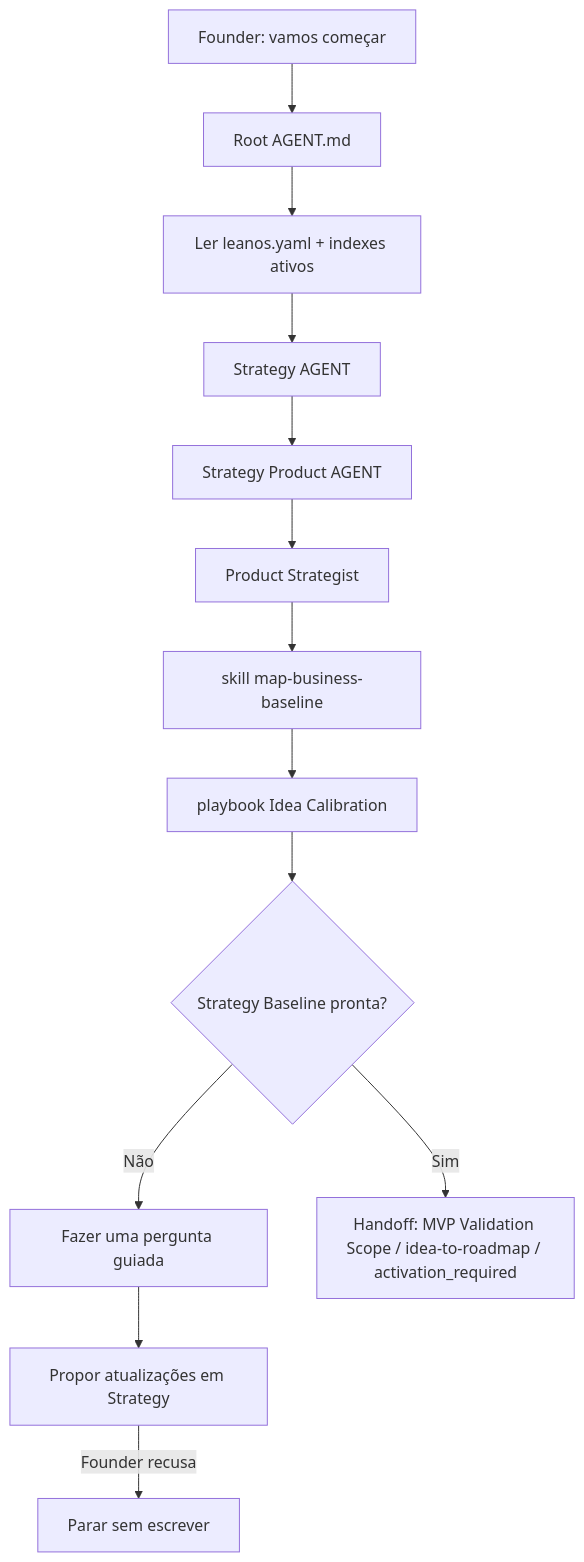
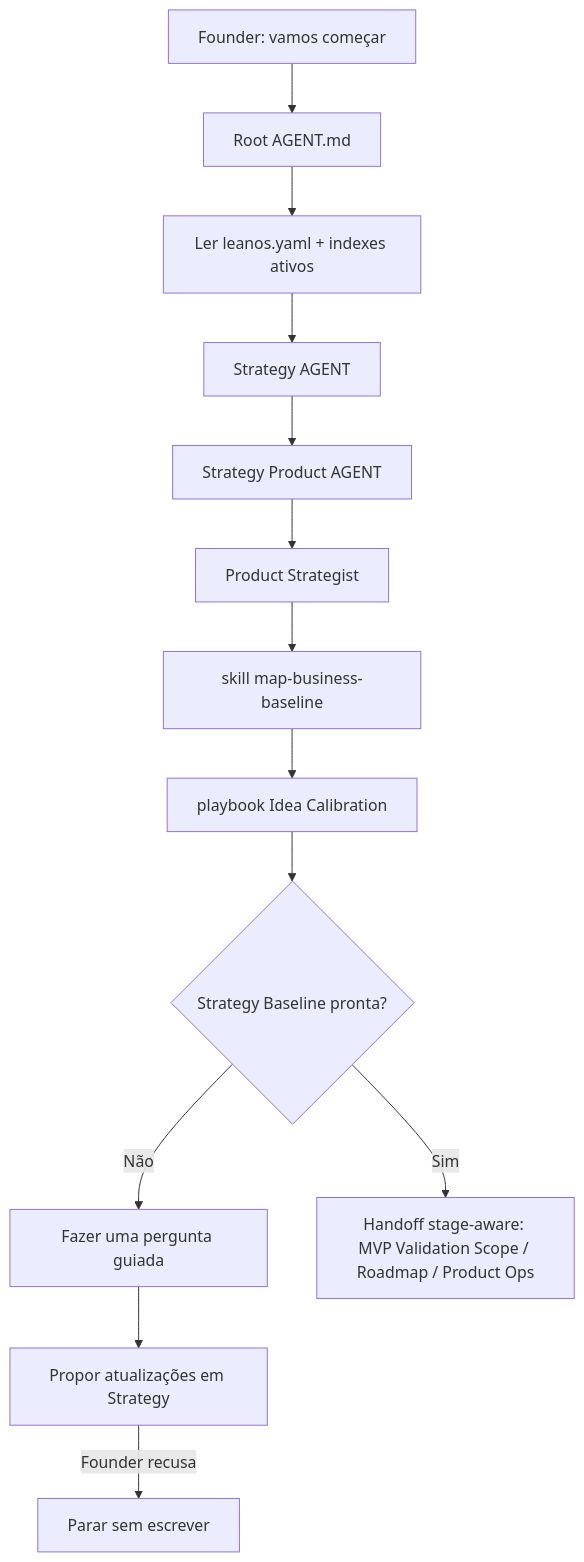
One commit to desousajhonny/leanOS changed the diagram in docs/framework/founder-journeys/start-leanos.md. Above: the diagram before and after it, drawn with Mermaid. The commit also changed other lines of this file and 69 other files, not shown here.

Commit message:
refactor: simplify stage-aware LeanOS routing

````diff
--- a/docs/framework/founder-journeys/start-leanos.md
+++ b/docs/framework/founder-journeys/start-leanos.md
@@ -22,21 +22,21 @@
 ```mermaid
 flowchart TD
   A["Founder: vamos começar"]
   B["Root AGENT.md"]
   C["Ler leanos.yaml + indexes ativos"]
   D["Strategy AGENT"]
   E["Strategy Product AGENT"]
   F["Product Strategist"]
   G["skill map-business-baseline"]
   H["playbook Idea Calibration"]
   I{"Strategy Baseline pronta?"}
   J["Fazer uma pergunta guiada"]
   K["Propor atualizações em Strategy"]
-  L["Handoff: MVP Validation Scope / idea-to-roadmap / activation_required"]
+  L["Handoff stage-aware: MVP Validation Scope / Roadmap / Product Ops"]
   M["Parar sem escrever"]
 
   A --> B --> C --> D --> E --> F --> G --> H --> I
   I -->|Não| J --> K
   I -->|Sim| L
   K -->|Founder recusa| M
 ```
````
